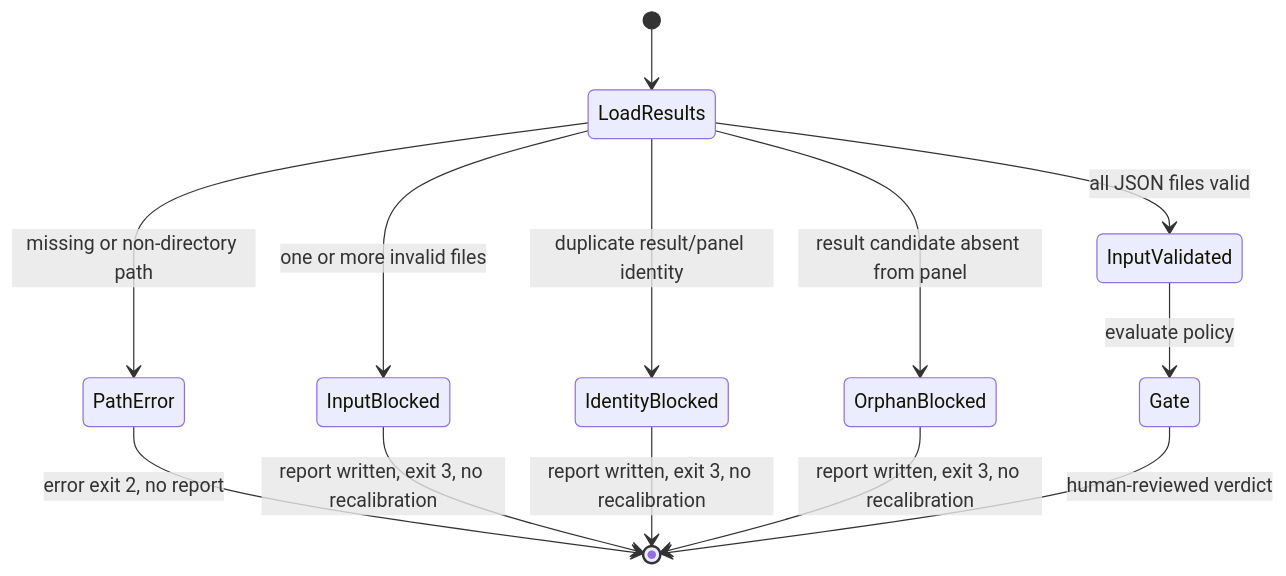
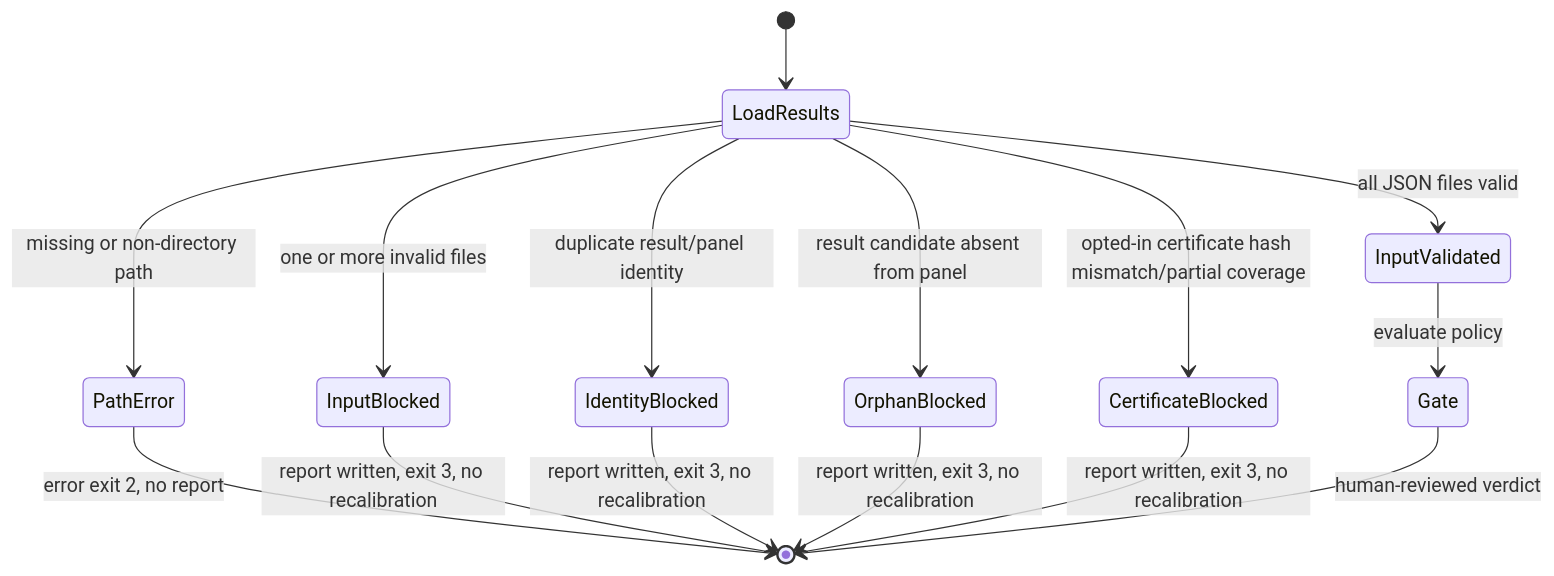
Before and after one commit to streamentry/OpenAMP-Foundry: the fourth of 4 diagrams in tests/calibration/AGENTS.md, drawn with Mermaid. The commit also changed other lines of this file and 10 other files, not shown here.

````diff
--- a/tests/calibration/AGENTS.md
+++ b/tests/calibration/AGENTS.md
@@ -61,15 +64,17 @@
 ```mermaid
 stateDiagram-v2
   [*] --> LoadResults
   LoadResults --> InputValidated: all JSON files valid
   LoadResults --> InputBlocked: one or more invalid files
   LoadResults --> IdentityBlocked: duplicate result/panel identity
   LoadResults --> OrphanBlocked: result candidate absent from panel
+  LoadResults --> CertificateBlocked: opted-in certificate hash mismatch/partial coverage
   LoadResults --> PathError: missing or non-directory path
   PathError --> [*]: error exit 2, no report
   InputBlocked --> [*]: report written, exit 3, no recalibration
   IdentityBlocked --> [*]: report written, exit 3, no recalibration
   OrphanBlocked --> [*]: report written, exit 3, no recalibration
+  CertificateBlocked --> [*]: report written, exit 3, no recalibration
   InputValidated --> Gate: evaluate policy
   Gate --> [*]: human-reviewed verdict
 ```
````
